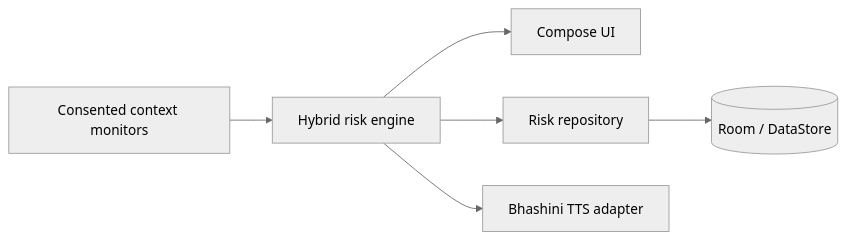
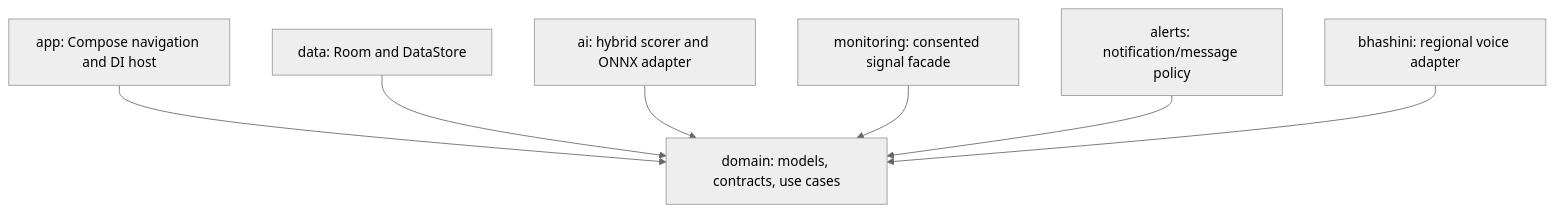
The diagram in README.md (kgp134134-sys/GramKavach-CyberShield), drawn with Mermaid (neutral theme) before and after one commit. The commit also changed other lines of this file and 10 other files, not shown here.

````diff
--- a/README.md
+++ b/README.md
@@ -39,8 +69,9 @@
 ```mermaid
-flowchart LR
-  M[Consented context monitors] --> A[Hybrid risk engine]
-  A --> U[Compose UI]
-  A --> R[Risk repository]
-  R --> D[(Room / DataStore)]
-  A --> V[Bhashini TTS adapter]
+flowchart TB
+  app[app: Compose navigation and DI host] --> domain[domain: models, contracts, use cases]
+  data[data: Room and DataStore] --> domain
+  ai[ai: hybrid scorer and ONNX adapter] --> domain
+  monitoring[monitoring: consented signal facade] --> domain
+  alerts[alerts: notification/message policy] --> domain
+  bhashini[bhashini: regional voice adapter] --> domain
 ```
````
